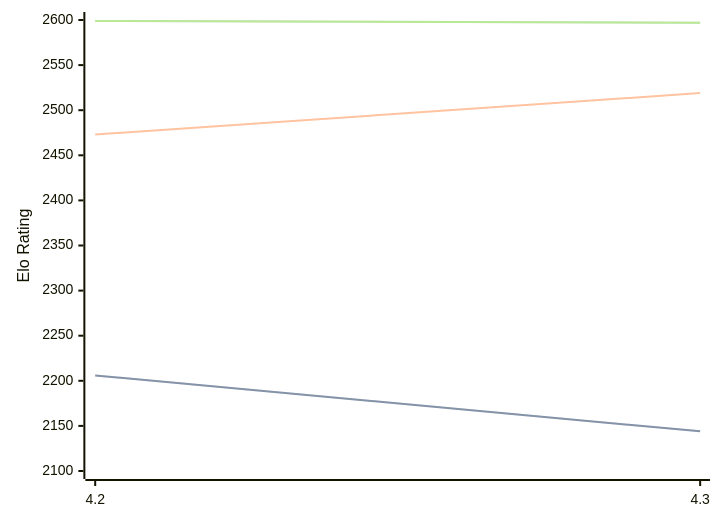
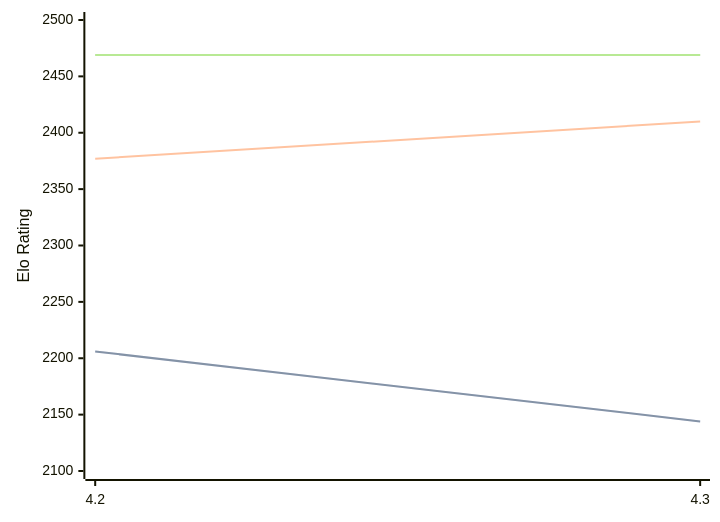
Before and after one commit to computer-chess-index/cci: the diagram in engines/Eubos.md, drawn with Mermaid. The commit also changed other lines of this file, not shown here.

Commit message:
Update CCI Ratings (ELO VLTC) - 2026-02-23

````diff
--- a/engines/Eubos.md
+++ b/engines/Eubos.md
@@ -85,11 +85,11 @@
 ```mermaid
 %%{init: {"theme":"base","themeVariables":{"seriesColors:['#a3a3a3','#222221','#faa371']}}}%%
 xychart-beta
   x-axis ["4.2", "4.3"]
-  y-axis "Elo Rating" 2100 --> 2600
+  y-axis "Elo Rating" 2100 --> 2500
   line "STC (8.0+0.08s)" [2206, 2144]
   line "STC (8.0+0.08s)" [2206, 2144]
-  line "LTC (60.0+0.60s)" [2473, 2519]
-  line "VLTC (2m24s+1.12s)" [2599, 2597]
-  line "VLTC (2m24s+1.12s)" [2599, 2597]
+  line "LTC (60.0+0.60s)" [2377, 2410]
+  line "VLTC (2m24s+1.12s)" [2469, 2469]
+  line "VLTC (2m24s+1.12s)" [2469, 2469]
 ```
````
